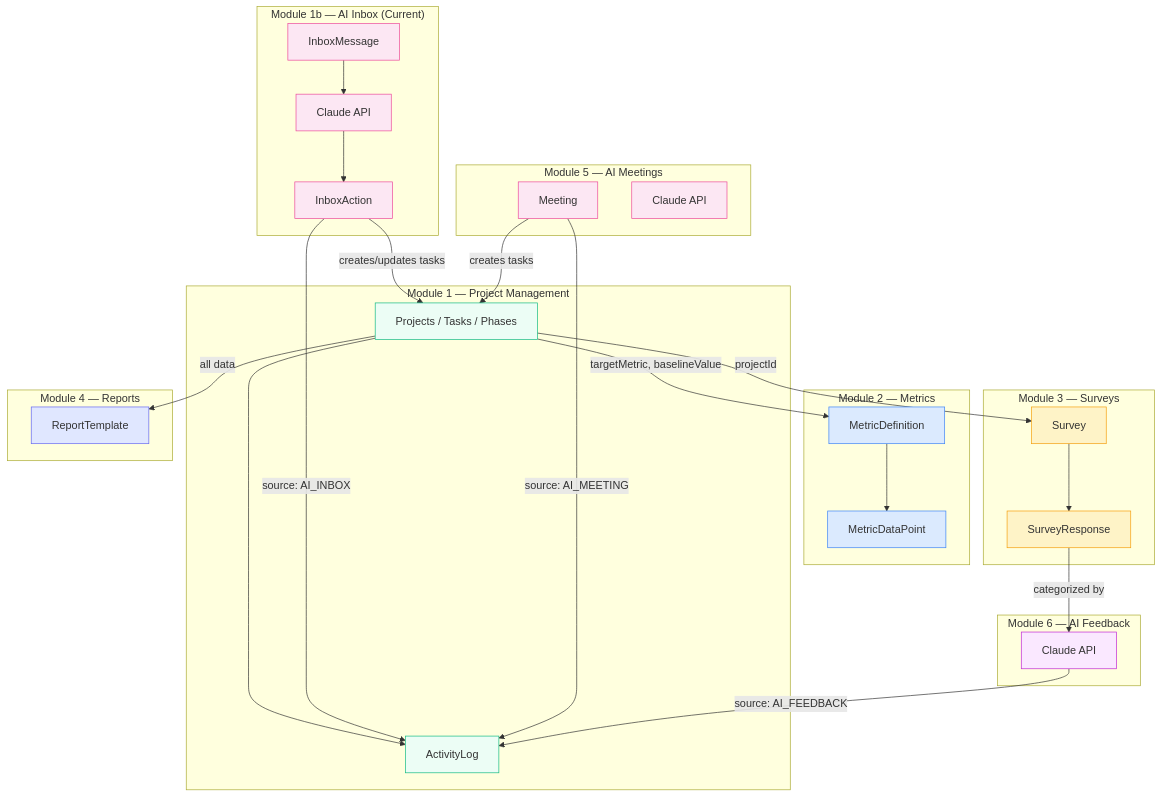
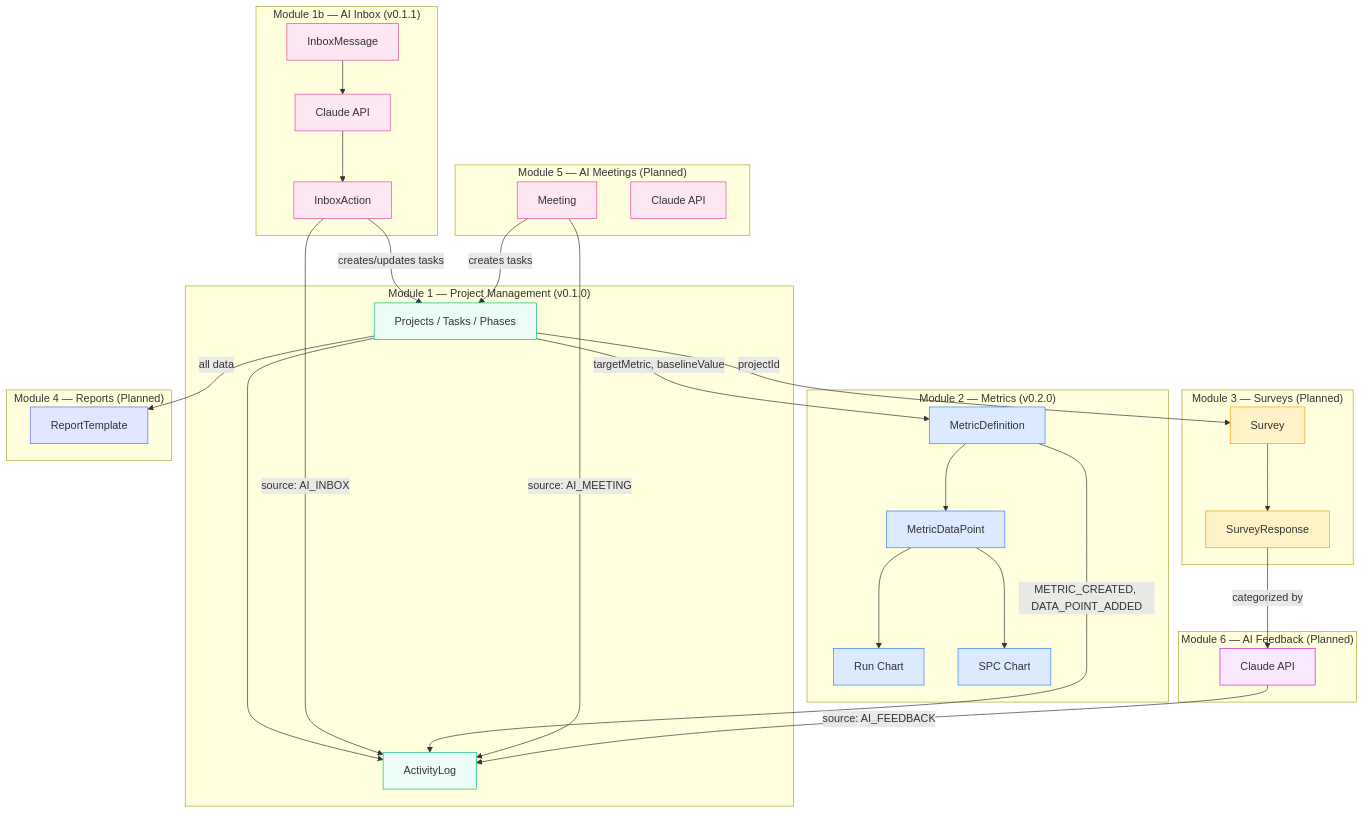
The tenth of 13 diagrams in docs/diagrams.md (akbarherekar/QIapp), drawn with Mermaid before and after one commit. The commit also changed other lines of this file and 40 other files, not shown here.

First line of the commit message:
Add Gantt timeline view, Module 2 metrics, polish, and documentation (v0.2.0)

````diff
--- a/docs/diagrams.md
+++ b/docs/diagrams.md
@@ -466,65 +497,72 @@
 ```mermaid
 graph TD
-    subgraph "Module 1 — Project Management"
+    subgraph "Module 1 — Project Management (v0.1.0)"
         PM[Projects / Tasks / Phases]
         AL[ActivityLog]
         PM --> AL
     end
 
-    subgraph "Module 1b — AI Inbox (Current)"
+    subgraph "Module 1b — AI Inbox (v0.1.1)"
         IM[InboxMessage]
         IA[InboxAction]
         AI0["Claude API"]
         IM --> AI0
         AI0 --> IA
     end
 
-    subgraph "Module 2 — Metrics"
+    subgraph "Module 2 — Metrics (v0.2.0)"
         MD[MetricDefinition]
         DP[MetricDataPoint]
+        RC[Run Chart]
+        SC[SPC Chart]
         MD --> DP
+        DP --> RC
+        DP --> SC
     end
 
-    subgraph "Module 3 — Surveys"
+    subgraph "Module 3 — Surveys (Planned)"
         SV[Survey]
         SR[SurveyResponse]
         SV --> SR
     end
 
-    subgraph "Module 4 — Reports"
+    subgraph "Module 4 — Reports (Planned)"
         RP[ReportTemplate]
     end
 
-    subgraph "Module 5 — AI Meetings"
+    subgraph "Module 5 — AI Meetings (Planned)"
         MT[Meeting]
         AI1["Claude API"]
     end
 
-    subgraph "Module 6 — AI Feedback"
+    subgraph "Module 6 — AI Feedback (Planned)"
         AI2["Claude API"]
     end
 
     PM -->|targetMetric, baselineValue| MD
     PM -->|projectId| SV
     PM -->|all data| RP
     IA -->|creates/updates tasks| PM
     IA -->|source: AI_INBOX| AL
+    MD -->|METRIC_CREATED, DATA_POINT_ADDED| AL
     MT -->|creates tasks| PM
     MT -->|source: AI_MEETING| AL
     SR -->|categorized by| AI2
     AI2 -->|source: AI_FEEDBACK| AL
 
     style PM fill:#ecfdf5,stroke:#10b981
     style AL fill:#ecfdf5,stroke:#10b981
     style IM fill:#fce7f3,stroke:#ec4899
     style IA fill:#fce7f3,stroke:#ec4899
     style AI0 fill:#fce7f3,stroke:#ec4899
     style MD fill:#dbeafe,stroke:#3b82f6
     style DP fill:#dbeafe,stroke:#3b82f6
+    style RC fill:#dbeafe,stroke:#3b82f6
+    style SC fill:#dbeafe,stroke:#3b82f6
     style SV fill:#fef3c7,stroke:#f59e0b
     style SR fill:#fef3c7,stroke:#f59e0b
     style RP fill:#e0e7ff,stroke:#6366f1
     style MT fill:#fce7f3,stroke:#ec4899
     style AI1 fill:#fce7f3,stroke:#ec4899
     style AI2 fill:#fae8ff,stroke:#c026d3
 ```
````
